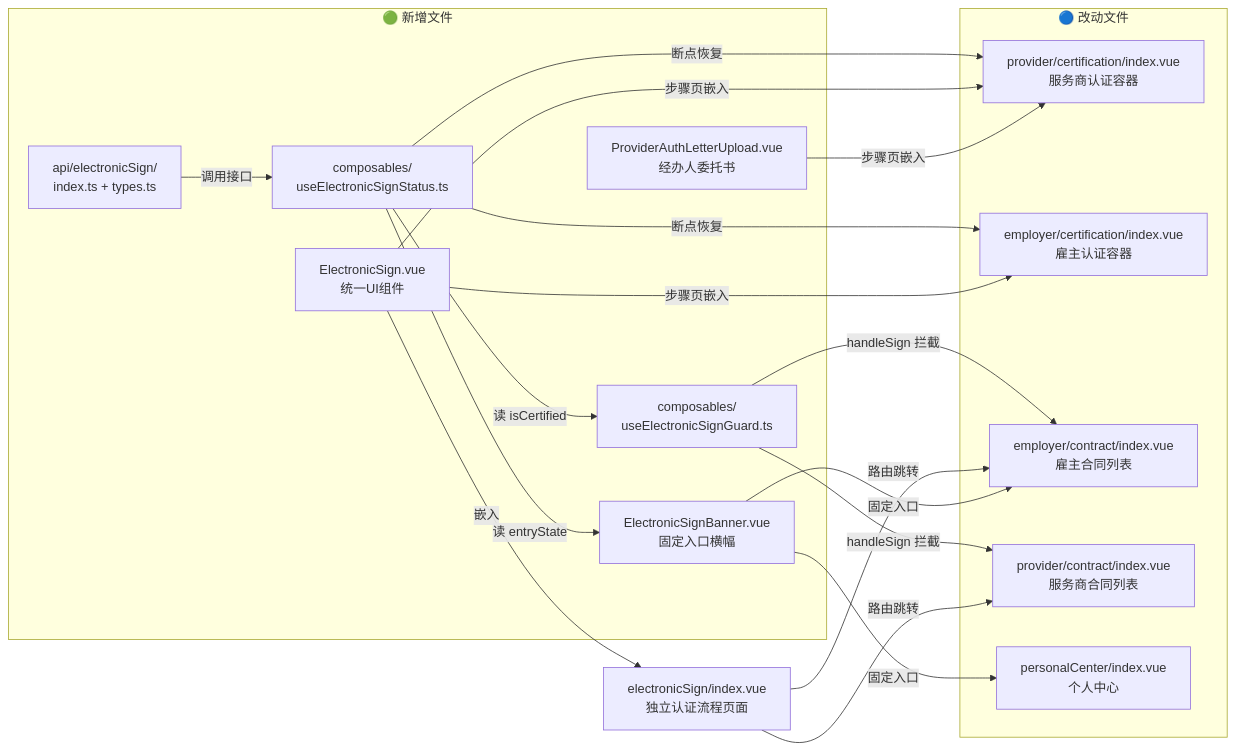
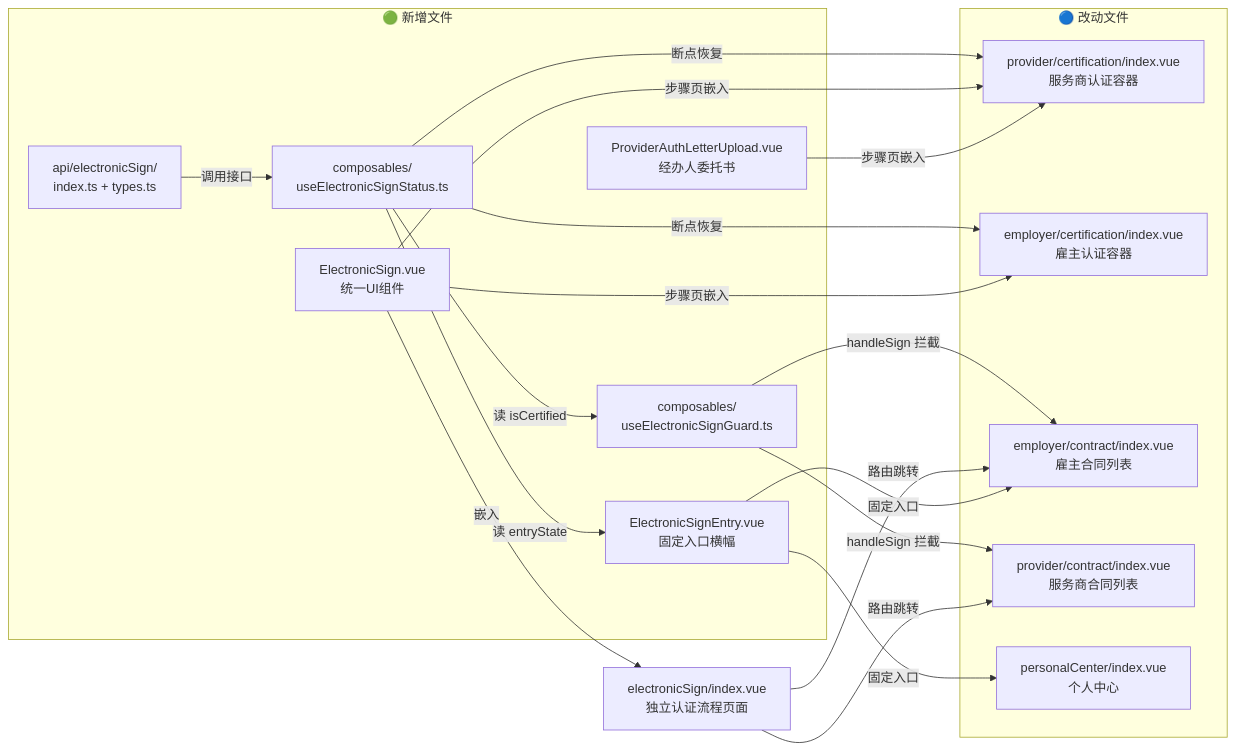
The first of 3 diagrams in 需求/进行中/REQ-195/阶段2-技术方案-REQ-195.md (yugong8898/.md), drawn with Mermaid before and after one commit. The commit also changed other lines of this file and 10 other files, not shown here.

````diff
--- a/需求/进行中/REQ-195/阶段2-技术方案-REQ-195.md
+++ b/需求/进行中/REQ-195/阶段2-技术方案-REQ-195.md
@@ -31,36 +31,36 @@
 ```mermaid
 flowchart LR
     subgraph NEW["🟢 新增文件"]
         API["api/electronicSign/<br/>index.ts + types.ts"]
         STATUS["composables/<br/>useElectronicSignStatus.ts"]
         GUARD["composables/<br/>useElectronicSignGuard.ts"]
         ESIGN["ElectronicSign.vue<br/>统一UI组件"]
         AUTHLETTER["ProviderAuthLetterUpload.vue<br/>经办人委托书"]
-        BANNER["ElectronicSignBanner.vue<br/>固定入口横幅"]
+        BANNER["ElectronicSignEntry.vue<br/>固定入口横幅"]
     end
 
     subgraph MODIFIED["🔵 改动文件"]
         PC_CERT["provider/certification/index.vue<br/>服务商认证容器"]
         EM_CERT["employer/certification/index.vue<br/>雇主认证容器"]
         EM_CONTRACT["employer/contract/index.vue<br/>雇主合同列表"]
         PC_CONTRACT["provider/contract/index.vue<br/>服务商合同列表"]
         PERSONAL["personalCenter/index.vue<br/>个人中心"]
     end
 
     API -->|调用接口| STATUS
     STATUS -->|读 entryState| BANNER
     STATUS -->|读 isCertified| GUARD
     STATUS -->|断点恢复| PC_CERT
     STATUS -->|断点恢复| EM_CERT
     GUARD -->|handleSign 拦截| EM_CONTRACT
     GUARD -->|handleSign 拦截| PC_CONTRACT
     ESIGN -->|步骤页嵌入| PC_CERT
     ESIGN -->|步骤页嵌入| EM_CERT
     ESIGN_PAGE["electronicSign/index.vue\n独立认证流程页面"]
     ESIGN -->|嵌入| ESIGN_PAGE
     ESIGN_PAGE -->|路由跳转| EM_CONTRACT
     ESIGN_PAGE -->|路由跳转| PC_CONTRACT
     AUTHLETTER -->|步骤页嵌入| PC_CERT
     BANNER -->|固定入口| PERSONAL
     BANNER -->|固定入口| EM_CONTRACT
 ```
````
